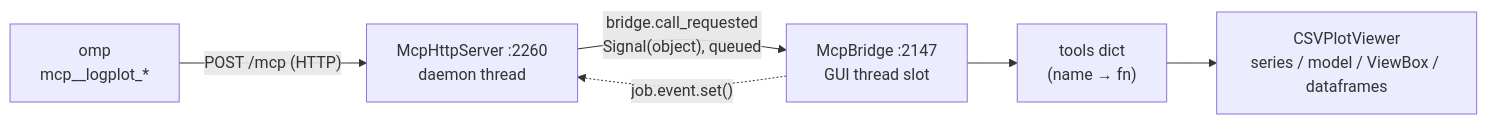
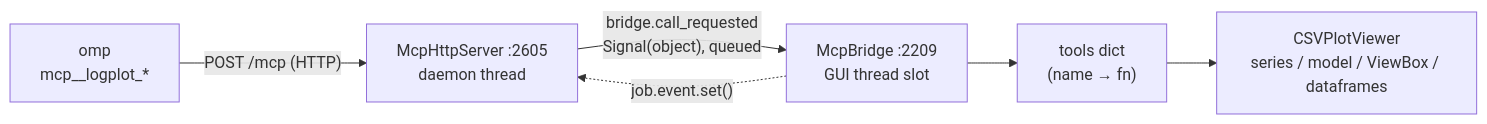
One commit to wctang/logv changed the diagram in TODO.md. Above: the diagram before and after it, drawn with Mermaid. The commit also changed other lines of this file and 1 other file, not shown here.

First line of the commit message:
add find_changes and get_window: signal change lists over time windows.

````diff
--- a/TODO.md
+++ b/TODO.md
@@ -31,8 +31,8 @@
 ```mermaid
 flowchart LR
-  OMP["omp<br/>mcp__logplot_*"] -->|"POST /mcp (HTTP)"| SRV["McpHttpServer :2260<br/>daemon thread"]
-  SRV -->|"bridge.call_requested<br/>Signal(object), queued"| BR["McpBridge :2147<br/>GUI thread slot"]
+  OMP["omp<br/>mcp__logplot_*"] -->|"POST /mcp (HTTP)"| SRV["McpHttpServer :2605<br/>daemon thread"]
+  SRV -->|"bridge.call_requested<br/>Signal(object), queued"| BR["McpBridge :2209<br/>GUI thread slot"]
   BR --> TOOLS["tools dict<br/>(name → fn)"]
   TOOLS --> APP["CSVPlotViewer<br/>series / model / ViewBox / dataframes"]
   BR -.->|"job.event.set()"| SRV
 ```
````
